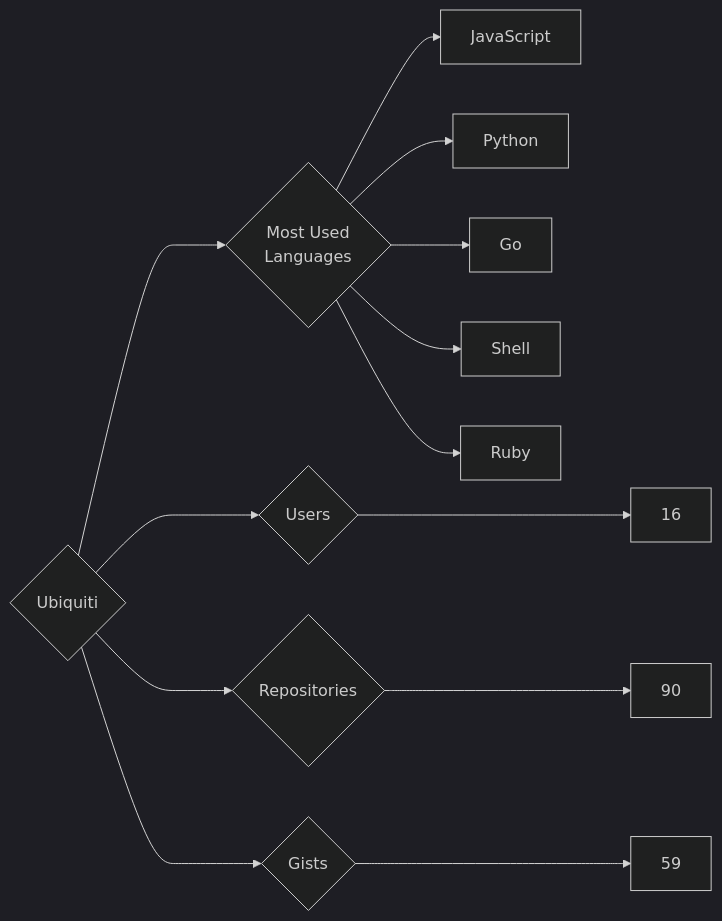
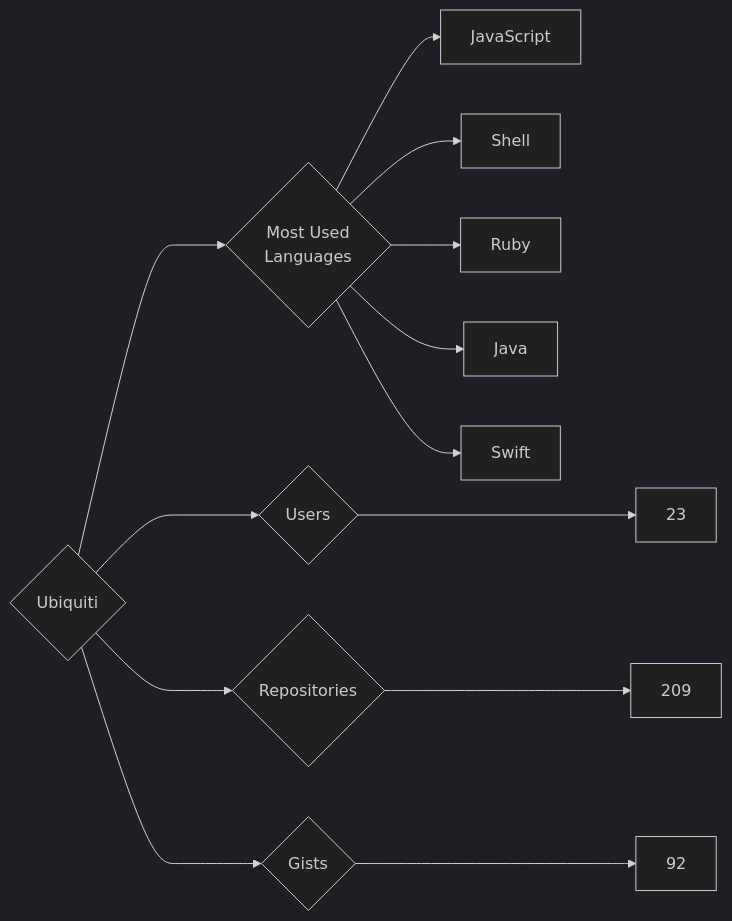
One commit to trickest/insiders changed the diagram in targets/Ubiquiti/README.md. Above: the diagram before and after it, drawn with Mermaid (dark theme). The commit also changed 1011 other files, not shown here.

````diff
--- a/targets/Ubiquiti/README.md
+++ b/targets/Ubiquiti/README.md
@@ -3,13 +3,13 @@
 ```mermaid
 graph LR
 COMPANY_NAME{Ubiquiti}
-COMPANY_NAME ---> U{Users} ---> UN[16]
-COMPANY_NAME ---> R{Repositories} ---> RN[90]
-COMPANY_NAME ---> G{Gists} ---> GN[59]
+COMPANY_NAME ---> U{Users} ---> UN[23]
+COMPANY_NAME ---> R{Repositories} ---> RN[209]
+COMPANY_NAME ---> G{Gists} ---> GN[92]
 COMPANY_NAME ---> ML{Most Used<br>Languages}
 ML --> JavaScript[JavaScript]
-ML --> Python[Python]
-ML --> Go[Go]
 ML --> Shell[Shell]
 ML --> Ruby[Ruby]
+ML --> Java[Java]
+ML --> Swift[Swift]
 ```
````
